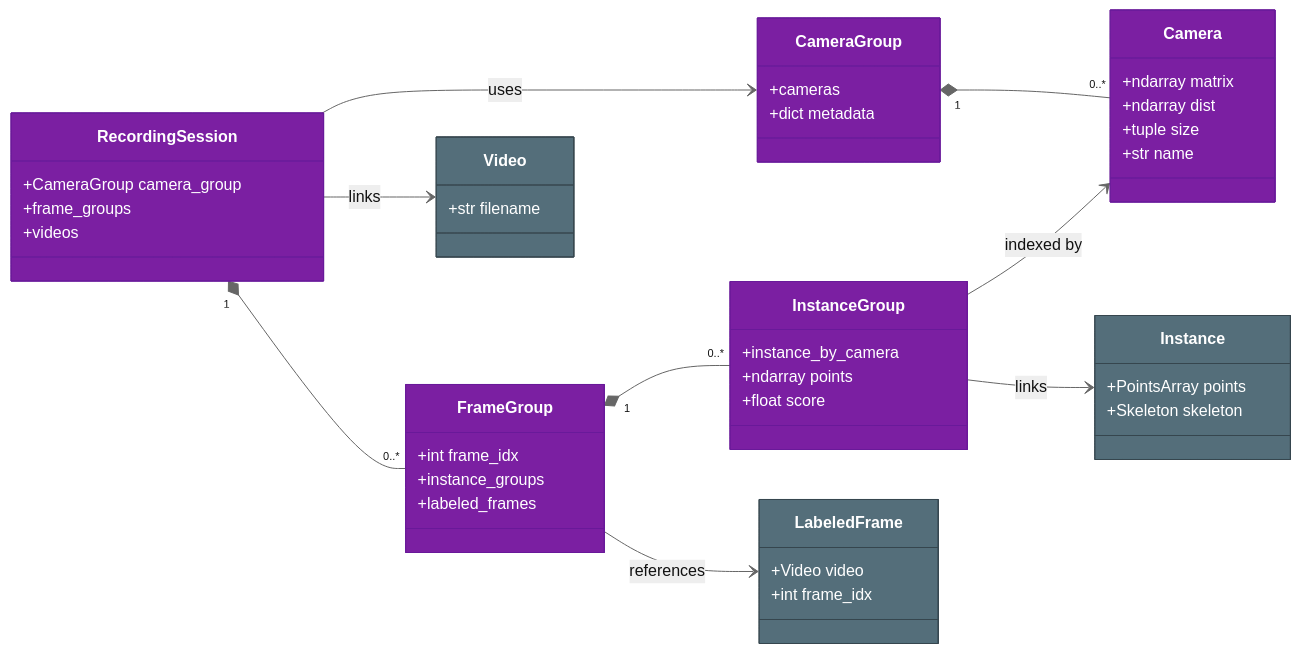
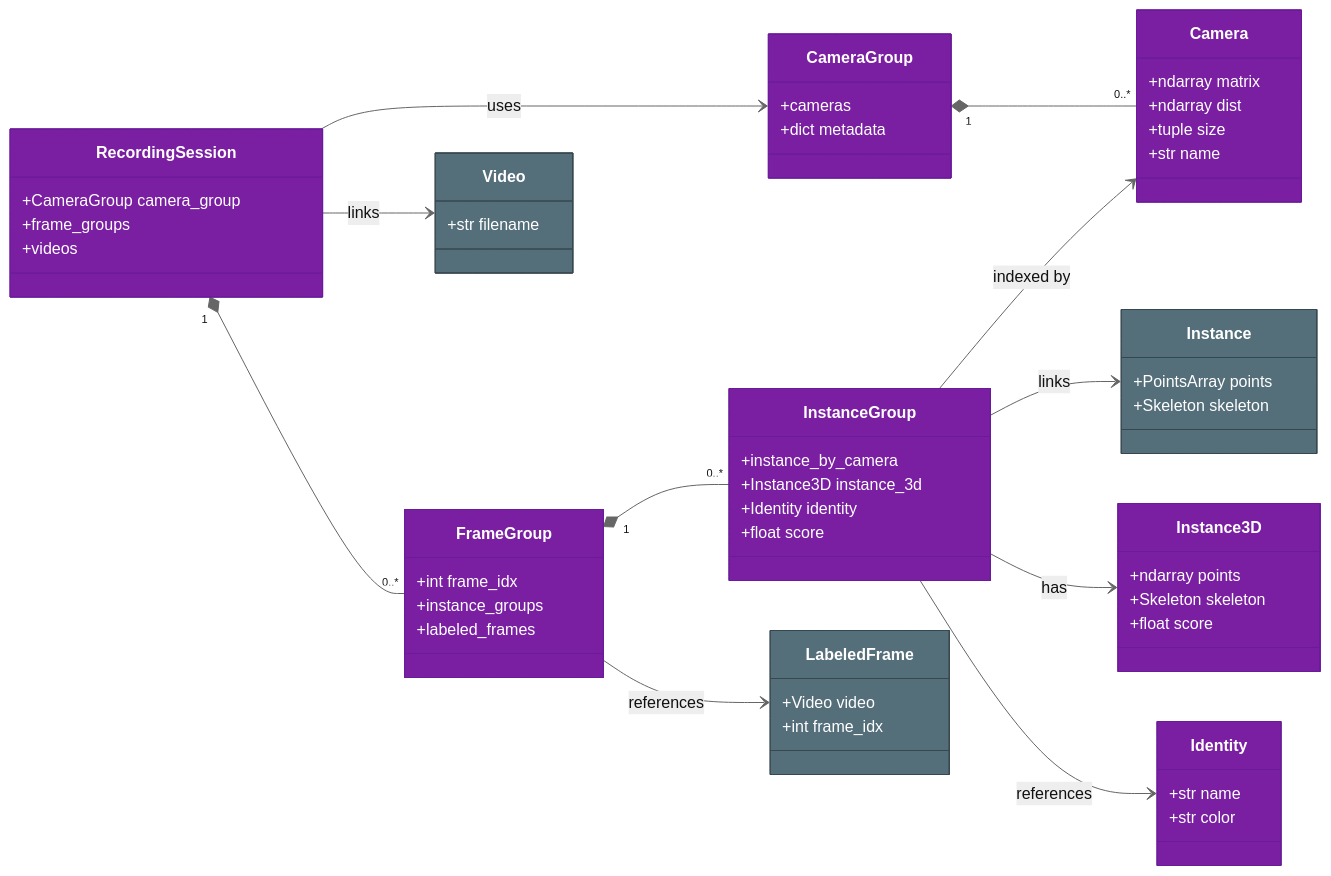
One commit to talmolab/sleap-io changed the diagram in docs/model/3d.md. Above: the diagram before and after it, drawn with Mermaid (neutral theme). The commit also changed other lines of this file and 1 other file, not shown here.

First line of the commit message:
docs: Document Identity, Instance3D, and SLP format 1.9

````diff
--- a/docs/model/3d.md
+++ b/docs/model/3d.md
@@ -162,55 +196,67 @@
 ``` mermaid
 classDiagram
     direction LR
 
     class CameraGroup:::threed {
         +cameras
         +dict metadata
     }
     class Camera:::threed {
         +ndarray matrix
         +ndarray dist
         +tuple size
         +str name
     }
     class RecordingSession:::threed {
         +CameraGroup camera_group
         +frame_groups
         +videos
     }
     class FrameGroup:::threed {
         +int frame_idx
         +instance_groups
         +labeled_frames
     }
     class InstanceGroup:::threed {
         +instance_by_camera
-        +ndarray points
+        +Instance3D instance_3d
+        +Identity identity
         +float score
     }
     class Video:::core {
         +str filename
     }
     class LabeledFrame:::core {
         +Video video
         +int frame_idx
     }
     class Instance:::core {
         +PointsArray points
         +Skeleton skeleton
     }
+    class Identity:::threed {
+        +str name
+        +str color
+    }
+    class Instance3D:::threed {
+        +ndarray points
+        +Skeleton skeleton
+        +float score
+    }
 
     CameraGroup "1" *-- "0..*" Camera
     RecordingSession --> CameraGroup : uses
     RecordingSession "1" *-- "0..*" FrameGroup
     RecordingSession --> Video : links
 
     FrameGroup "1" *-- "0..*" InstanceGroup
     FrameGroup --> LabeledFrame : references
 
     InstanceGroup --> Instance : links
     InstanceGroup --> Camera : indexed by
+    InstanceGroup --> Instance3D : has
+    InstanceGroup --> Identity : references
 
     classDef threed fill:#7b1fa2,stroke:#6a1b9a,color:#fff
     classDef core fill:#546e7a,stroke:#37474f,color:#fff
 ```
````
